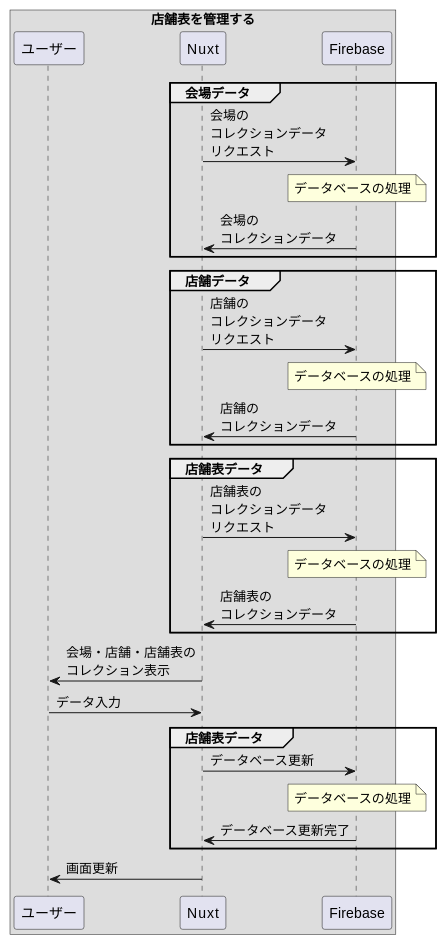
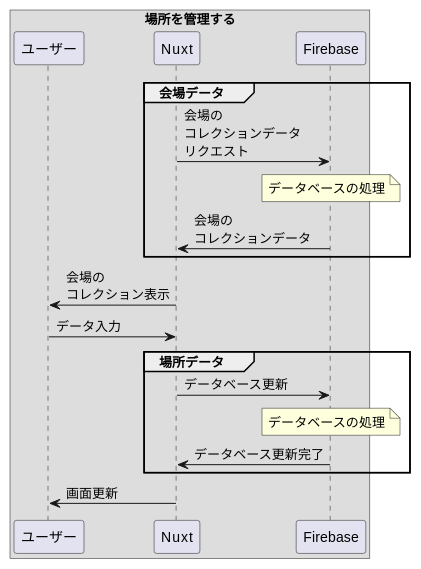
Before and after one commit to zakzakst/object-oriented-practice: the sixth of 7 diagrams in 03_event-shop-app/3_実装用の図.md, drawn with PlantUML. The commit also changed other lines of this file and 2 other files, not shown here.

````diff
--- a/03_event-shop-app/3_実装用の図.md
+++ b/03_event-shop-app/3_実装用の図.md
@@ -158,38 +178,26 @@
 ```puml
 @startuml
-box 店舗表を管理する
+box 場所を管理する
 participant ユーザー
 participant Nuxt
 participant Firebase as FB
 
 group 会場データ
 Nuxt -> FB : 会場の\nコレクションデータ\nリクエスト
 note over FB : データベースの処理
 FB -> Nuxt : 会場の\nコレクションデータ
 end
 
-group 店舗データ
-Nuxt -> FB : 店舗の\nコレクションデータ\nリクエスト
-note over FB : データベースの処理
-FB -> Nuxt : 店舗の\nコレクションデータ
-end
-
-group 店舗表データ
-Nuxt -> FB : 店舗表の\nコレクションデータ\nリクエスト
-note over FB : データベースの処理
-FB -> Nuxt : 店舗表の\nコレクションデータ
-end
-
-Nuxt -> ユーザー : 会場・店舗・店舗表の\nコレクション表示
+Nuxt -> ユーザー : 会場の\nコレクション表示
 ユーザー -> Nuxt : データ入力
 
-group 店舗表データ
+group 場所データ
 Nuxt -> FB : データベース更新
 note over FB : データベースの処理
 FB -> Nuxt : データベース更新完了
 end
 
 Nuxt -> ユーザー : 画面更新
 end box
 @enduml
 ```
````
